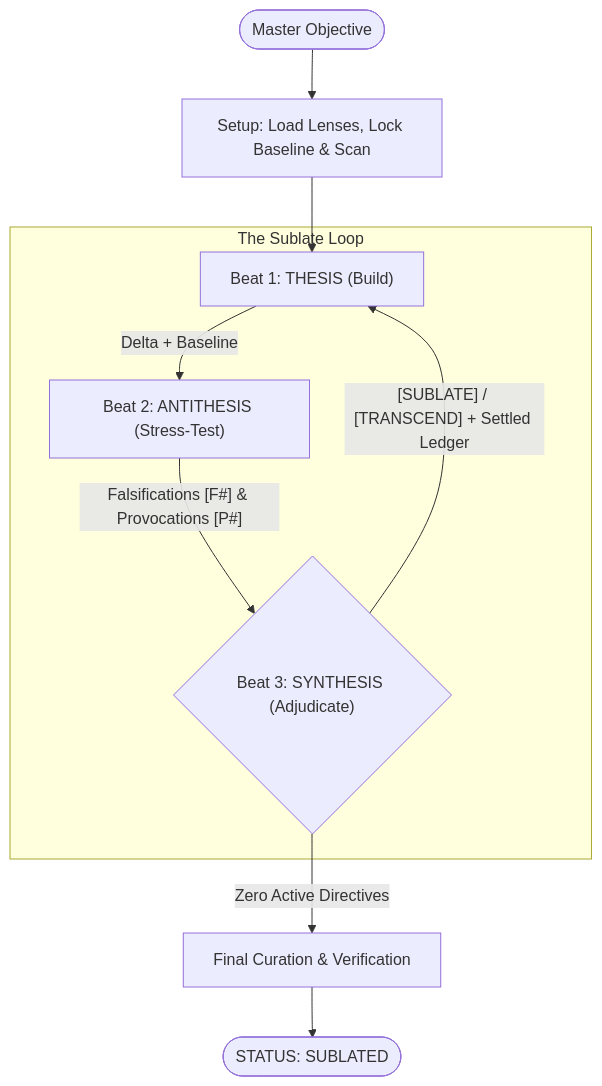
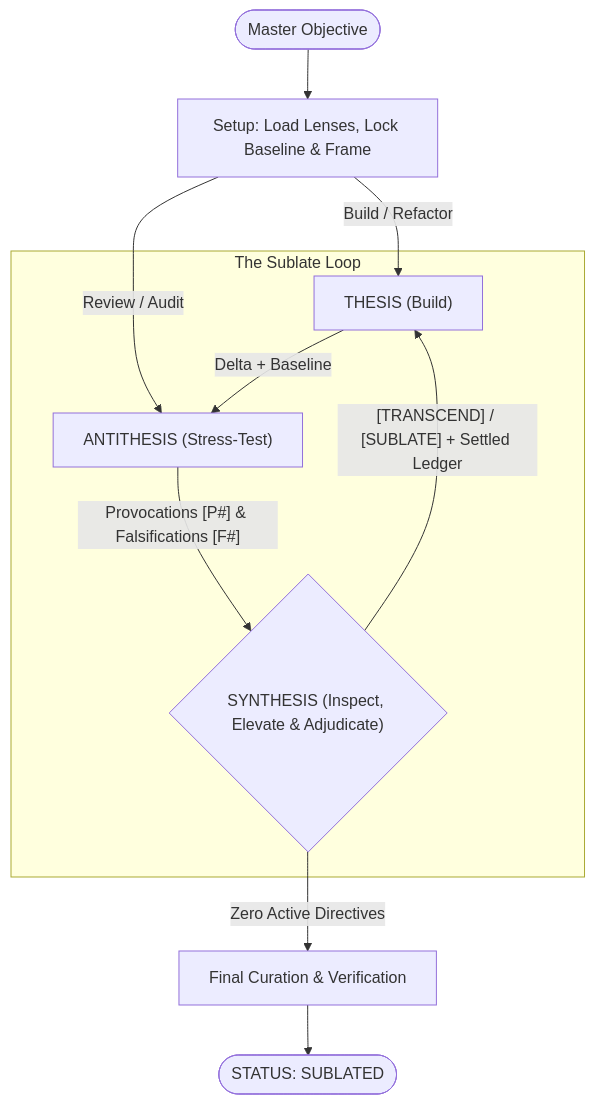
The diagram in SKILL.md (jessetane/sublate), drawn with Mermaid before and after one commit. The commit also changed other lines of this file and 4 other files, not shown here.

Commit message:
core, lenses: invert audit to macro-before-micro, support antithesis entry, and elevate synthesis

````diff
--- a/SKILL.md
+++ b/SKILL.md
@@ -14,14 +14,15 @@
 ```mermaid
 flowchart TD
-    Start(["Master Objective"]) --> Setup["Setup: Load Lenses, Lock Baseline & Scan"]
-    Setup --> Thesis["Beat 1: THESIS (Build)"]
+    Start(["Master Objective"]) --> Setup["Setup: Load Lenses, Lock Baseline & Frame"]
+    Setup -->|"Build / Refactor"| Thesis["THESIS (Build)"]
+    Setup -->|"Review / Audit"| Antithesis["ANTITHESIS (Stress-Test)"]
 
     subgraph Loop ["The Sublate Loop"]
-        Thesis -->|"Delta + Baseline"| Antithesis["Beat 2: ANTITHESIS (Stress-Test)"]
-        Antithesis -->|"Falsifications [F#] & Provocations [P#]"| Synthesis{"Beat 3: SYNTHESIS (Adjudicate)"}
-        Synthesis -->|"[SUBLATE] / [TRANSCEND] + Settled Ledger"| Thesis
+        Thesis -->|"Delta + Baseline"| Antithesis
+        Antithesis -->|"Provocations [P#] & Falsifications [F#]"| Synthesis{"SYNTHESIS (Inspect, Elevate & Adjudicate)"}
+        Synthesis -->|"[TRANSCEND] / [SUBLATE] + Settled Ledger"| Thesis
     end
 
     Synthesis -->|"Zero Active Directives"| Curate["Final Curation & Verification"]
     Curate --> Complete(["STATUS: SUBLATED"])
 ```
````
